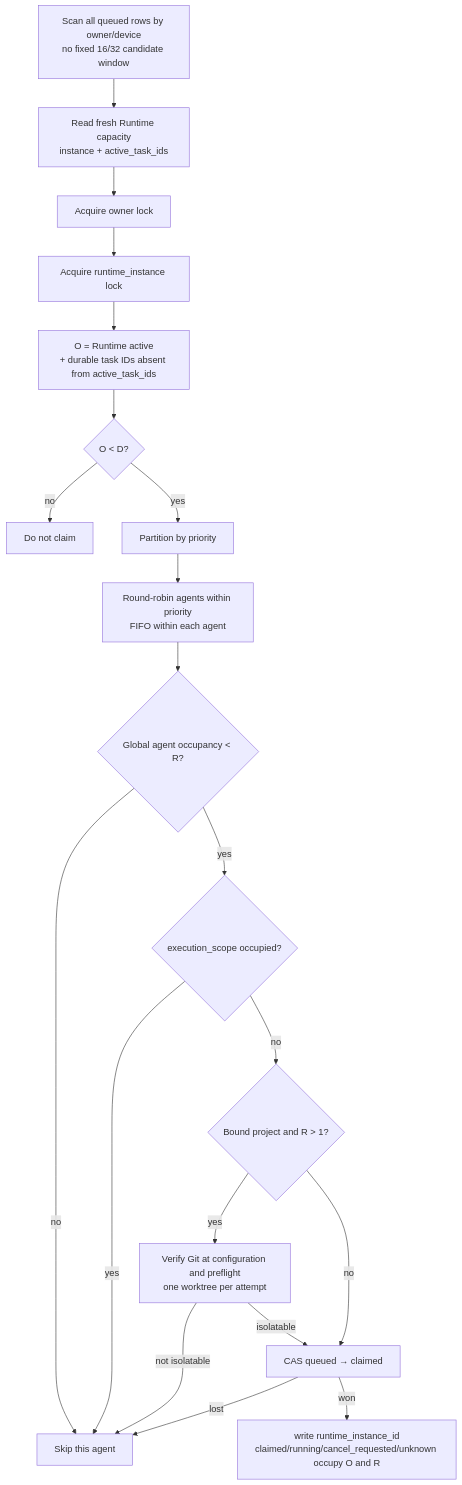
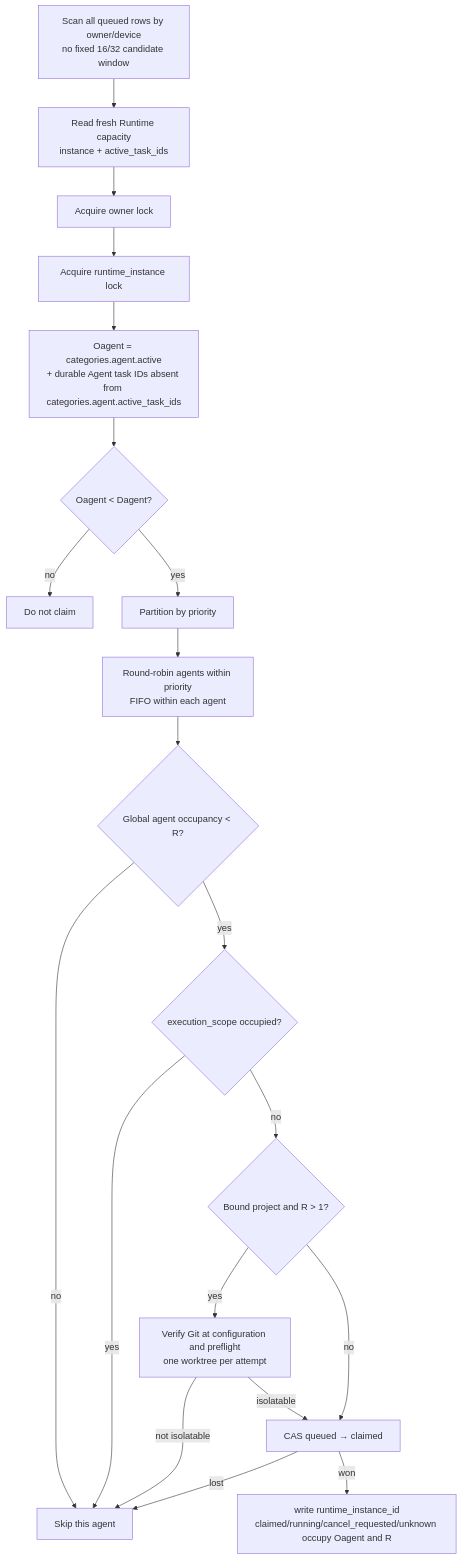
The tenth of 11 diagrams in docs/en/wework/developer-guide/wework-project-execution-state-truth-refactoring.md (wecode-ai/Wegent), drawn with Mermaid before and after one commit. The commit also changed other lines of this file and 12 other files, not shown here.

Commit message:
fix(wework): retain task owners and legacy runtime settings

````diff
--- a/docs/en/wework/developer-guide/wework-project-execution-state-truth-refactoring.md
+++ b/docs/en/wework/developer-guide/wework-project-execution-state-truth-refactoring.md
@@ -388,22 +388,22 @@
 ```mermaid
 flowchart TD
   SCAN["Scan all queued rows by owner/device<br/>no fixed 16/32 candidate window"] --> OBS["Read fresh Runtime capacity<br/>instance + active_task_ids"]
   OBS --> OL["Acquire owner lock"]
   OL --> DL["Acquire runtime_instance lock"]
-  DL --> MERGE["O = Runtime active<br/>+ durable task IDs absent from active_task_ids"]
-  MERGE --> CAP{"O < D?"}
+  DL --> MERGE["Oagent = categories.agent.active<br/>+ durable Agent task IDs absent from categories.agent.active_task_ids"]
+  MERGE --> CAP{"Oagent < Dagent?"}
   CAP -->|no| END["Do not claim"]
   CAP -->|yes| PRI["Partition by priority"]
   PRI --> RR["Round-robin agents within priority<br/>FIFO within each agent"]
   RR --> AG{"Global agent occupancy < R?"}
   AG -->|no| NEXT["Skip this agent"]
   AG -->|yes| SP{"execution_scope occupied?"}
   SP -->|yes| NEXT
   SP -->|no| ISO{"Bound project and R > 1?"}
   ISO -->|yes| GIT["Verify Git at configuration and preflight<br/>one worktree per attempt"]
   ISO -->|no| CAS["CAS queued → claimed"]
   GIT -->|not isolatable| NEXT
   GIT -->|isolatable| CAS
   CAS -->|lost| NEXT
-  CAS -->|won| SLOT["write runtime_instance_id<br/>claimed/running/cancel_requested/unknown occupy O and R"]
+  CAS -->|won| SLOT["write runtime_instance_id<br/>claimed/running/cancel_requested/unknown occupy Oagent and R"]
 ```
````
